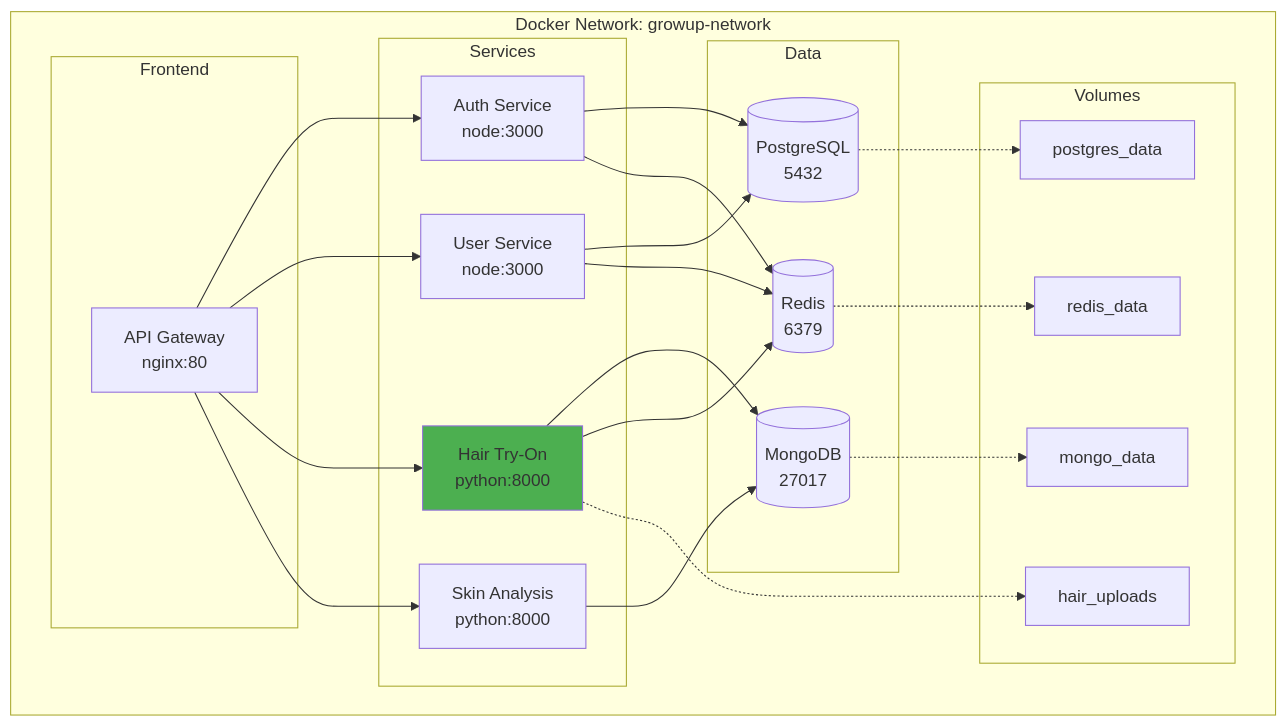
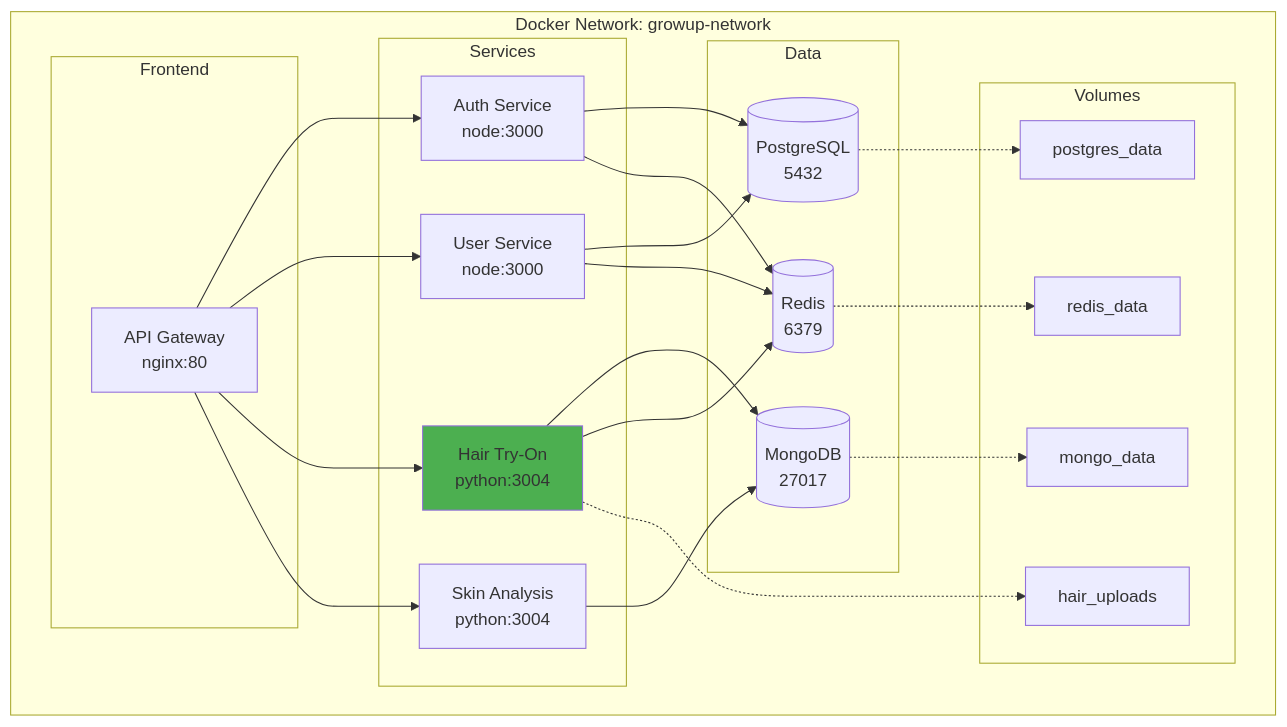
Before and after one commit to JaiminPatel345/glowup: diagram 14 of 20 in services/hair-tryOn-service/REPORT.md, drawn with Mermaid. The commit also changed other lines of this file and 22 other files, not shown here.

Commit message:
update ports for hair and skin service

````diff
--- a/services/hair-tryOn-service/REPORT.md
+++ b/services/hair-tryOn-service/REPORT.md
@@ -1694,49 +1694,49 @@
 ```mermaid
 graph TB
     subgraph "Docker Network: growup-network"
         subgraph "Frontend"
             Gateway[API Gateway<br/>nginx:80]
         end
         
         subgraph "Services"
             Auth[Auth Service<br/>node:3000]
             User[User Service<br/>node:3000]
-            Hair[Hair Try-On<br/>python:8000]
-            Skin[Skin Analysis<br/>python:8000]
+            Hair[Hair Try-On<br/>python:3004]
+            Skin[Skin Analysis<br/>python:3004]
         end
         
         subgraph "Data"
             PG[(PostgreSQL<br/>5432)]
             Mongo[(MongoDB<br/>27017)]
             Redis[(Redis<br/>6379)]
         end
         
         subgraph "Volumes"
             V1[postgres_data]
             V2[mongo_data]
             V3[redis_data]
             V4[hair_uploads]
         end
     end
     
     Gateway --> Auth
     Gateway --> User
     Gateway --> Hair
     Gateway --> Skin
     
     Auth --> PG
     User --> PG
     Hair --> Mongo
     Skin --> Mongo
     
     Auth --> Redis
     User --> Redis
     Hair --> Redis
     
     PG -.-> V1
     Mongo -.-> V2
     Redis -.-> V3
     Hair -.-> V4
     
     style Hair fill:#4CAF50
 ```
````
